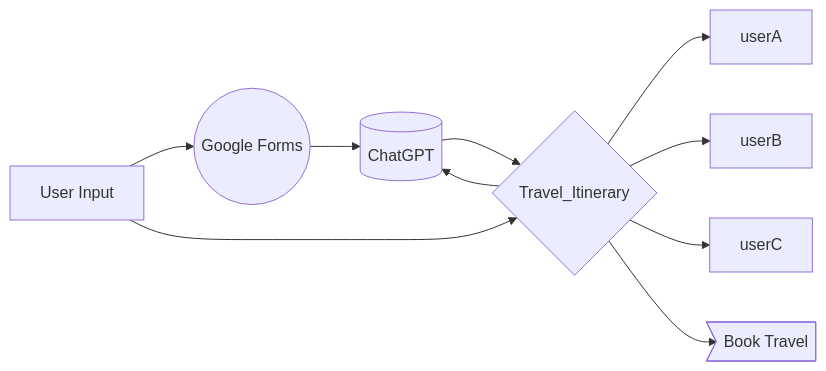
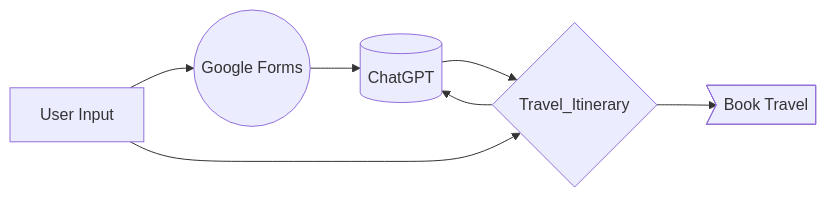
One commit to pjbrumm94/TravelApp changed the diagram in README.md. Above: the diagram before and after it, drawn with Mermaid.

````diff
--- a/README.md
+++ b/README.md
@@ -7,12 +7,9 @@
 ```mermaid
 flowchart LR;
   usr[User Input]-->In
   In((Google Forms))-->LLM[(ChatGPT)];
   LLM-->Iti{Travel_Itinerary};
-  Iti-->userA;
-  Iti-->userB;
-  Iti-->userC;
   usr-->Iti;
   Iti-->LLM;
   Iti-->Trav>Book Travel]
 ```
````
